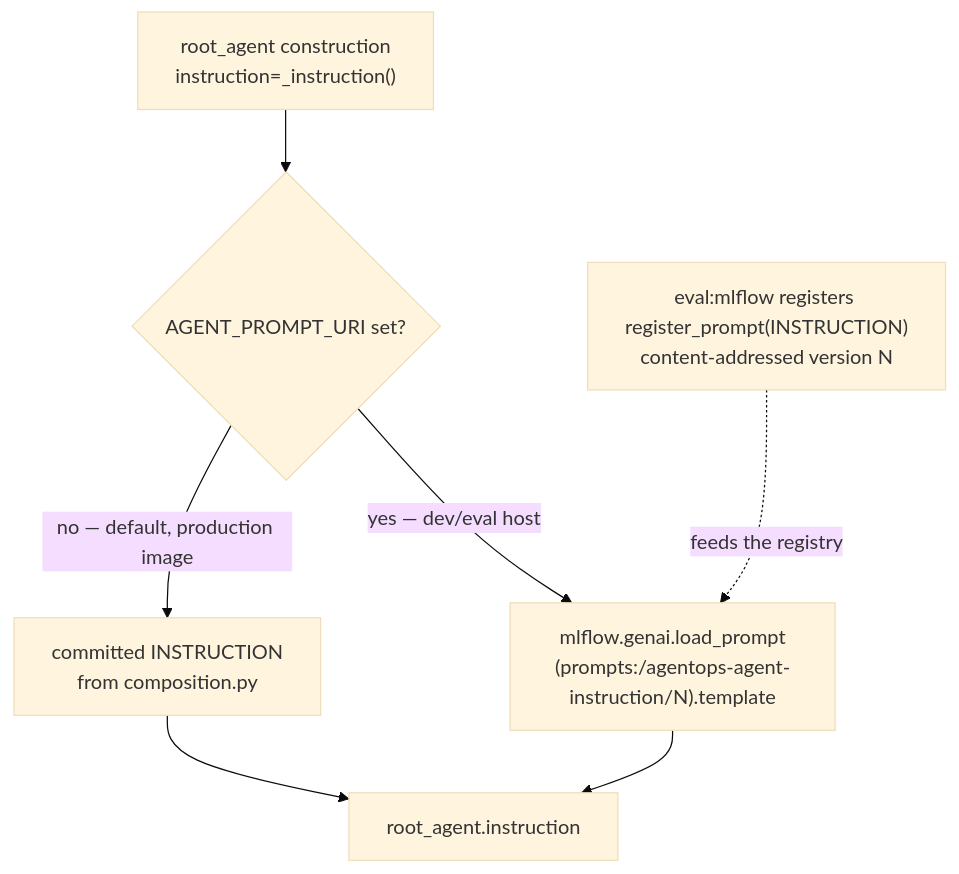
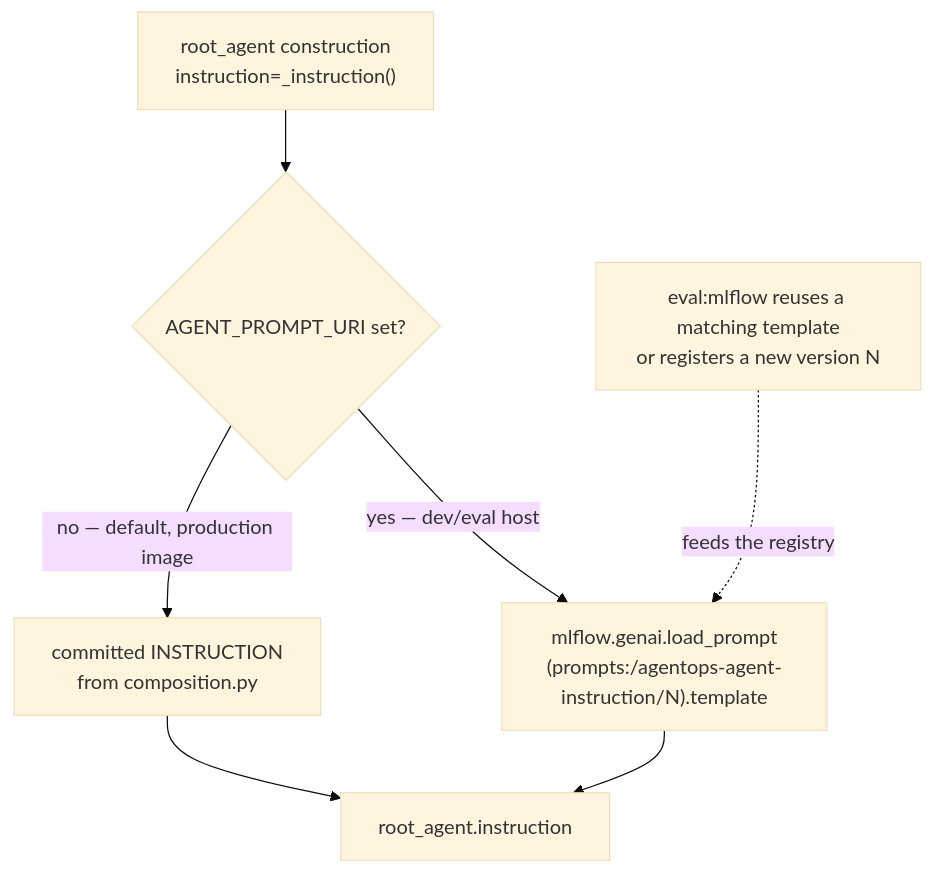
Before and after one commit to LuiGGi629/agentops-open-course: the third of 3 diagrams in docs/2. Agents/2.3. Instructions.md, drawn with Mermaid (base theme). The commit also changed other lines of this file and 58 other files, not shown here.

````diff
--- a/docs/2. Agents/2.3. Instructions.md
+++ b/docs/2. Agents/2.3. Instructions.md
@@ -274,9 +275,9 @@
 ```mermaid
 flowchart TD
     C["root_agent construction<br/>instruction=_instruction()"] --> Q{"AGENT_PROMPT_URI set?"}
     Q -->|"no — default, production image"| I["committed INSTRUCTION<br/>from composition.py"]
     Q -->|"yes — dev/eval host"| L["mlflow.genai.load_prompt<br/>(prompts:/agentops-agent-instruction/N).template"]
     I --> A["root_agent.instruction"]
     L --> A
-    R["eval:mlflow registers register_prompt(INSTRUCTION)<br/>content-addressed version N"] -.->|"feeds the registry"| L
+    R["eval:mlflow reuses a matching template<br/>or registers a new version N"] -.->|"feeds the registry"| L
 ```
````
